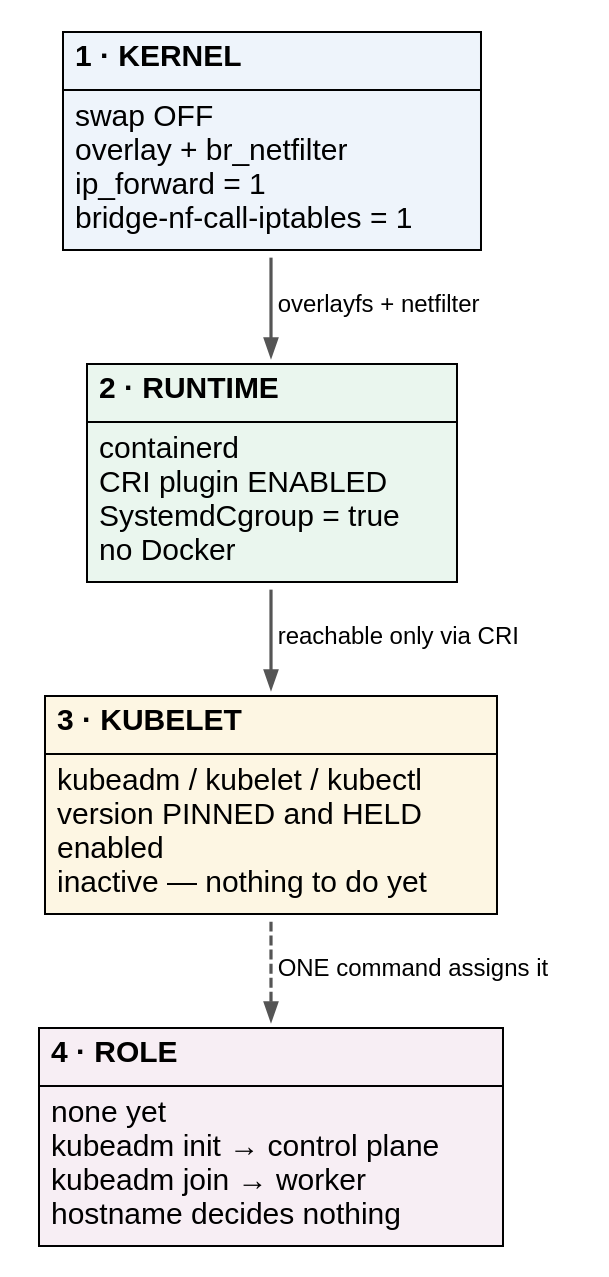
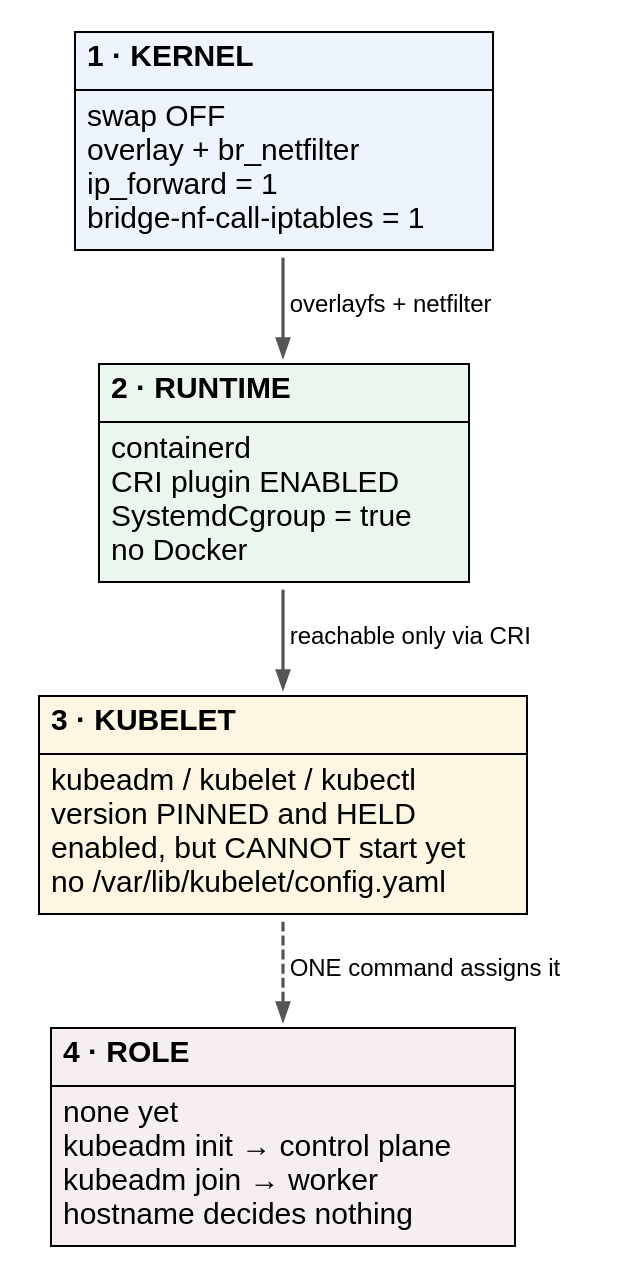
The diagram in education/k8s-cka-prep/diagrams/ch01_fig1_node_stack.dot (fiberoptix/home-lab-setup), drawn with Graphviz before and after one commit. The commit also changed 11 other files, not shown here.

```diff
--- a/education/k8s-cka-prep/diagrams/ch01_fig1_node_stack.dot
+++ b/education/k8s-cka-prep/diagrams/ch01_fig1_node_stack.dot
@@ -1,40 +1,40 @@
 // Chapter 1, figure 1 — the four layers a node needs before kubeadm can do anything.
 // Laid out TOP TO BOTTOM after measuring: the left-to-right version was 2668px wide, and
 // figcheck.py showed it scaling to 5.9pt type on the page — well under the 10pt floor.
 // Stacked, WIDTH stops being the binding constraint and the type stays legible.
 // ⭐ The figure that looks biggest on screen is the one whose type is smallest on paper.
 // No prose in the figure — the commentary lives in a blockquote under it in the chapter.
 digraph node_stack {
     rankdir=TB;
     bgcolor="white";
     node [shape=plaintext, fontname="Helvetica", fontsize=15];
     edge [color="#555555", penwidth=1.6, arrowsize=0.8];
 
     kernel [label=<
       <TABLE BORDER="0" CELLBORDER="1" CELLSPACING="0" CELLPADDING="5" BGCOLOR="#eef4fb">
         <TR><TD ALIGN="LEFT" BALIGN="LEFT"><B>1 · KERNEL</B></TD></TR>
         <TR><TD ALIGN="LEFT" BALIGN="LEFT">swap OFF<BR/>overlay + br_netfilter<BR/>ip_forward = 1<BR/>bridge-nf-call-iptables = 1</TD></TR>
       </TABLE>>];
 
     runtime [label=<
       <TABLE BORDER="0" CELLBORDER="1" CELLSPACING="0" CELLPADDING="5" BGCOLOR="#eaf6ee">
         <TR><TD ALIGN="LEFT" BALIGN="LEFT"><B>2 · RUNTIME</B></TD></TR>
         <TR><TD ALIGN="LEFT" BALIGN="LEFT">containerd<BR/>CRI plugin ENABLED<BR/>SystemdCgroup = true<BR/>no Docker</TD></TR>
       </TABLE>>];
 
     kubelet [label=<
       <TABLE BORDER="0" CELLBORDER="1" CELLSPACING="0" CELLPADDING="5" BGCOLOR="#fdf6e3">
         <TR><TD ALIGN="LEFT" BALIGN="LEFT"><B>3 · KUBELET</B></TD></TR>
-        <TR><TD ALIGN="LEFT" BALIGN="LEFT">kubeadm / kubelet / kubectl<BR/>version PINNED and HELD<BR/>enabled<BR/>inactive — nothing to do yet</TD></TR>
+        <TR><TD ALIGN="LEFT" BALIGN="LEFT">kubeadm / kubelet / kubectl<BR/>version PINNED and HELD<BR/>enabled, but CANNOT start yet<BR/>no /var/lib/kubelet/config.yaml</TD></TR>
       </TABLE>>];
 
     role [label=<
       <TABLE BORDER="0" CELLBORDER="1" CELLSPACING="0" CELLPADDING="5" BGCOLOR="#f7eef4">
         <TR><TD ALIGN="LEFT" BALIGN="LEFT"><B>4 · ROLE</B></TD></TR>
         <TR><TD ALIGN="LEFT" BALIGN="LEFT">none yet<BR/>kubeadm init → control plane<BR/>kubeadm join → worker<BR/>hostname decides nothing</TD></TR>
       </TABLE>>];
 
     kernel  -> runtime [label="  overlayfs + netfilter\l", fontsize=12, fontname="Helvetica"];
     runtime -> kubelet [label="  reachable only via CRI\l", fontsize=12, fontname="Helvetica"];
     kubelet -> role    [label="  ONE command assigns it\l", fontsize=12, fontname="Helvetica", style=dashed];
 }
```
